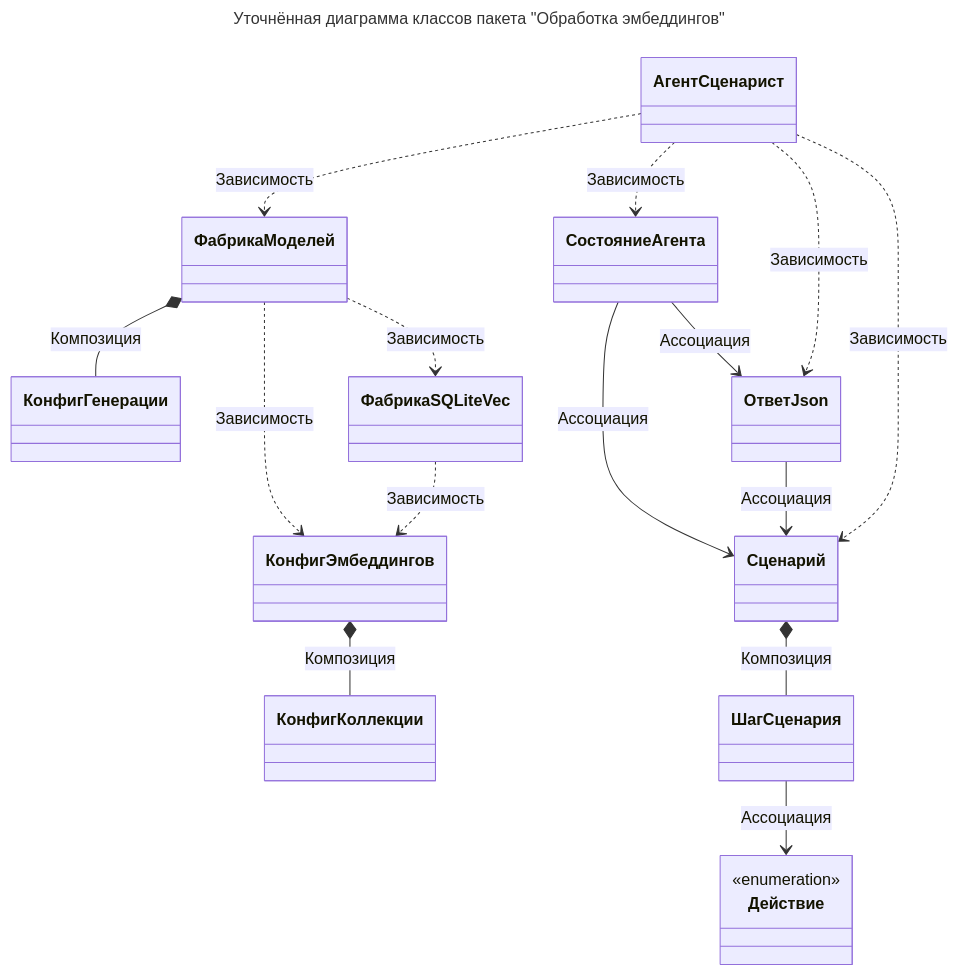
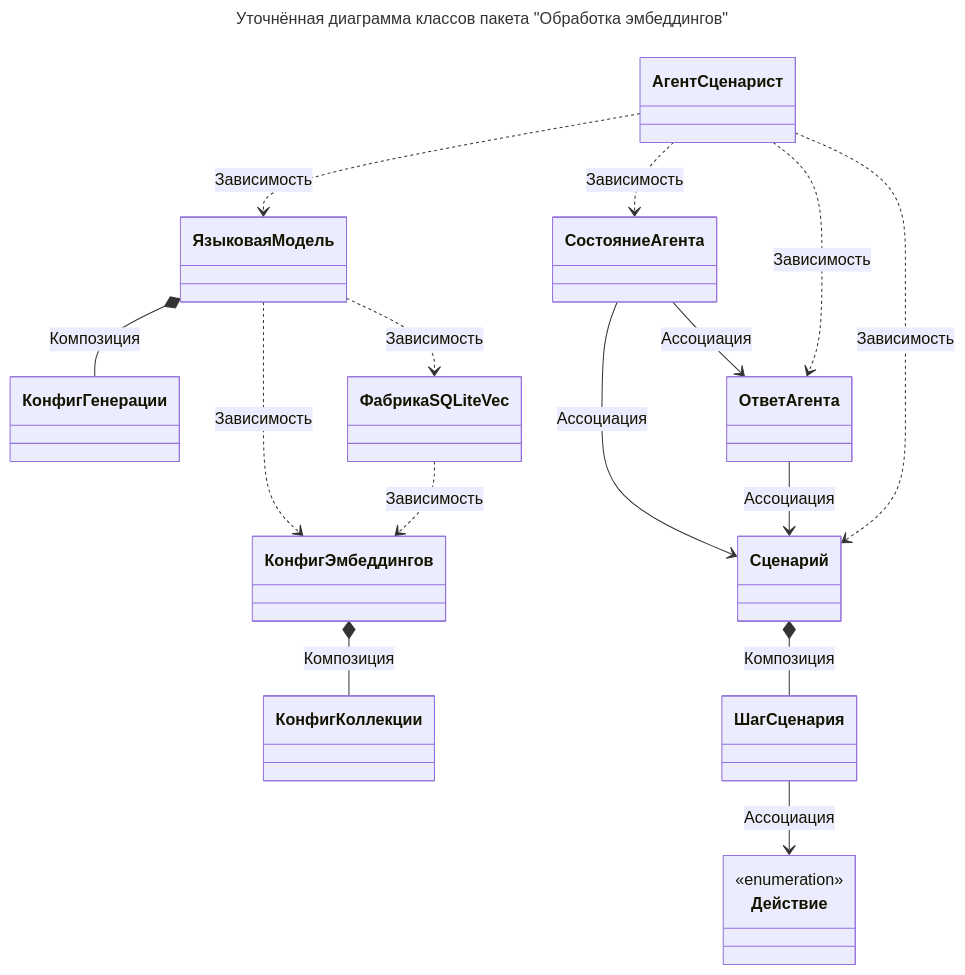
Before and after one commit to CHSU-scenarAIst/diagrammy: the second of 2 diagrams in Пакет Обработка эмбеддингов/3. Уточнённая диаграмма классов.md, drawn with Mermaid. The commit also changed 7 other files, not shown here.

````diff
--- a/Пакет Обработка эмбеддингов/3. Уточнённая диаграмма классов.md
+++ b/Пакет Обработка эмбеддингов/3. Уточнённая диаграмма классов.md
@@ -45,24 +45,24 @@
 ```mermaid
 ---
 title: Уточнённая диаграмма классов пакета "Обработка эмбеддингов"
 ---
 classDiagram
-    АгентСценарист ..> ФабрикаМоделей : Зависимость
+    АгентСценарист ..> ЯзыковаяМодель : Зависимость
     АгентСценарист ..> СостояниеАгента : Зависимость
-    АгентСценарист ..> ОтветJson : Зависимость
+    АгентСценарист ..> ОтветАгента : Зависимость
     АгентСценарист ..> Сценарий : Зависимость
     СостояниеАгента --> Сценарий : Ассоциация
-    СостояниеАгента --> ОтветJson : Ассоциация
-    ОтветJson --> Сценарий : Ассоциация
+    СостояниеАгента --> ОтветАгента : Ассоциация
+    ОтветАгента --> Сценарий : Ассоциация
     Сценарий *-- ШагСценария : Композиция
     ШагСценария --> Действие : Ассоциация
-    ФабрикаМоделей *-- КонфигГенерации : Композиция
-    ФабрикаМоделей ..> КонфигЭмбеддингов : Зависимость
-    ФабрикаМоделей ..> ФабрикаSQLiteVec : Зависимость
+    ЯзыковаяМодель *-- КонфигГенерации : Композиция
+    ЯзыковаяМодель ..> КонфигЭмбеддингов : Зависимость
+    ЯзыковаяМодель ..> ФабрикаSQLiteVec : Зависимость
     КонфигЭмбеддингов *-- КонфигКоллекции : Композиция
     ФабрикаSQLiteVec ..> КонфигЭмбеддингов : Зависимость
 
     class Действие {
         <<enumeration>>
     }
 ```
````
